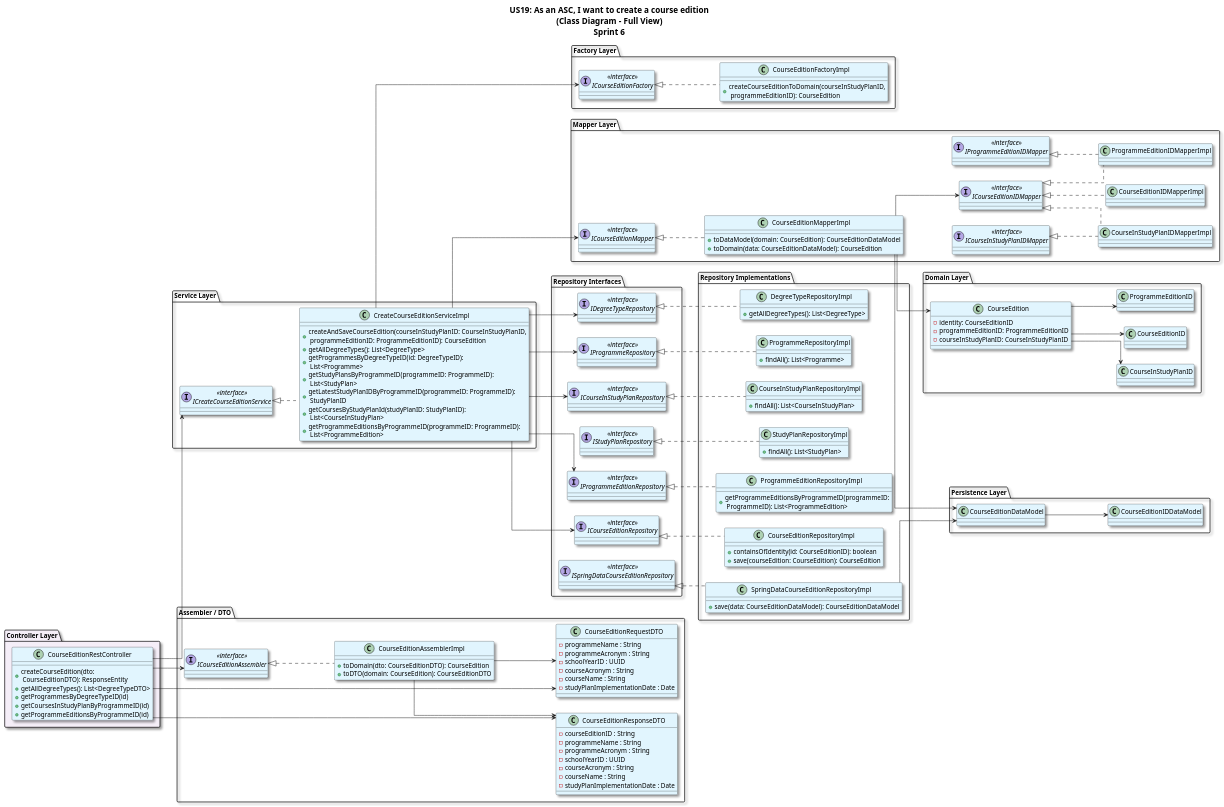
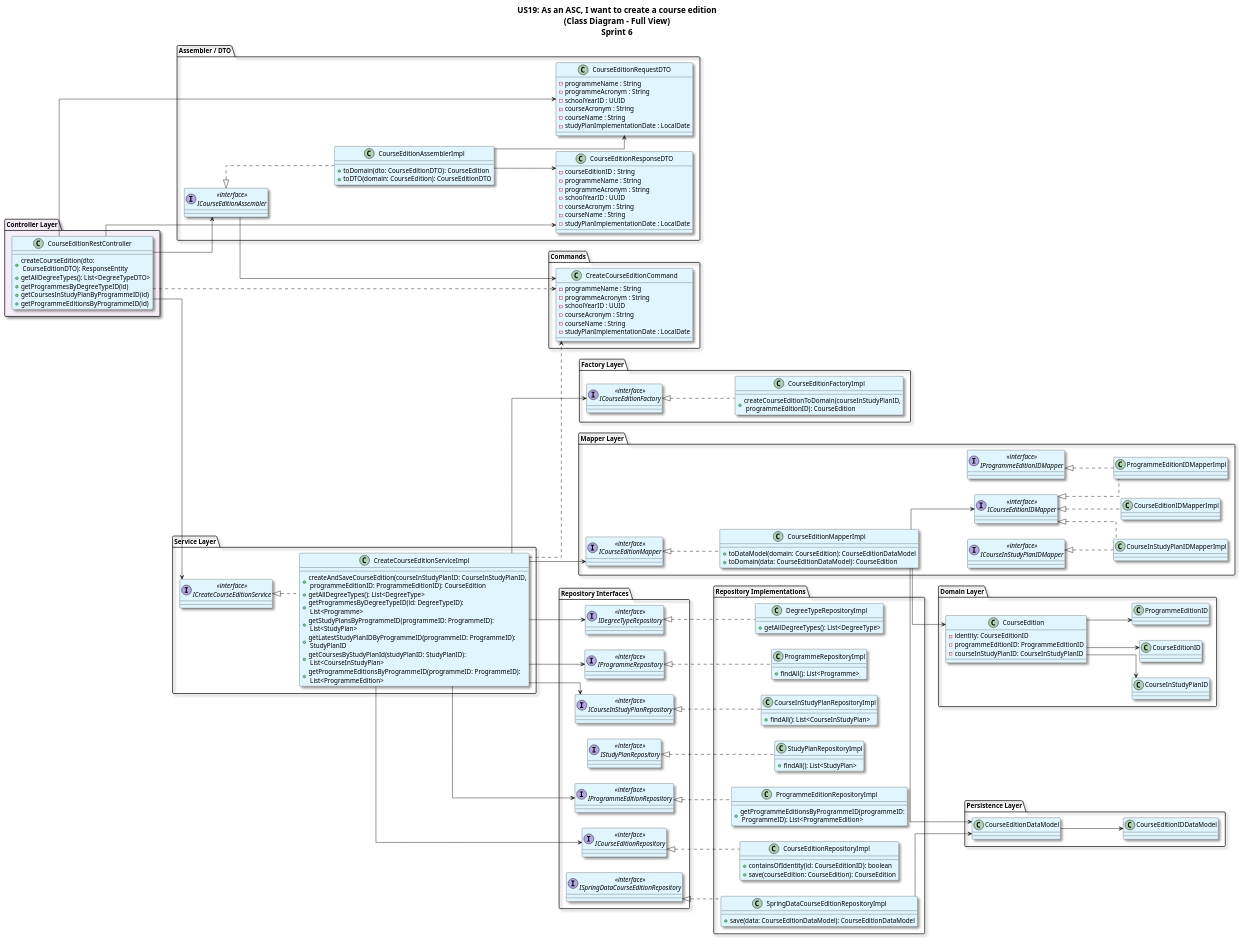
One commit to GasparISEP/DevOps-PAI changed the diagram in docs/US19/Sprint6_RestAPI/Sprint6_CreateCourseEdition_ClassDiagram.puml. Above: the diagram before and after it, drawn with PlantUML.

Commit message:
[docs]: Add CreateCourseEditionCommand to class diagram for createCourseEdition functionality (Refs: #536, #600)

```diff
--- a/docs/US19/Sprint6_RestAPI/Sprint6_CreateCourseEdition_ClassDiagram.puml
+++ b/docs/US19/Sprint6_RestAPI/Sprint6_CreateCourseEdition_ClassDiagram.puml
@@ -51,7 +51,7 @@
     - schoolYearID : UUID
     - courseAcronym : String
     - courseName : String
-    - studyPlanImplementationDate : Date
+    - studyPlanImplementationDate : LocalDate
   }
 
   class CourseEditionResponseDTO {
@@ -61,8 +61,19 @@
     - schoolYearID : UUID
     - courseAcronym : String
     - courseName : String
-    - studyPlanImplementationDate : Date
+    - studyPlanImplementationDate : LocalDate
   }
+}
+
+package "Commands" {
+class CreateCourseEditionCommand {
+    - programmeName : String
+    - programmeAcronym : String
+    - schoolYearID : UUID
+    - courseAcronym : String
+    - courseName : String
+    - studyPlanImplementationDate : LocalDate
+}
 }
 
 package "Domain Layer" {
@@ -211,4 +222,8 @@
 CourseEditionAssemblerImpl --> CourseEditionRequestDTO
 CourseEditionAssemblerImpl --> CourseEditionResponseDTO
 
+ICourseEditionAssembler -> CreateCourseEditionCommand
+CreateCourseEditionServiceImpl ..> CreateCourseEditionCommand
+CourseEditionRestController ..> CreateCourseEditionCommand
+
 @enduml
```
